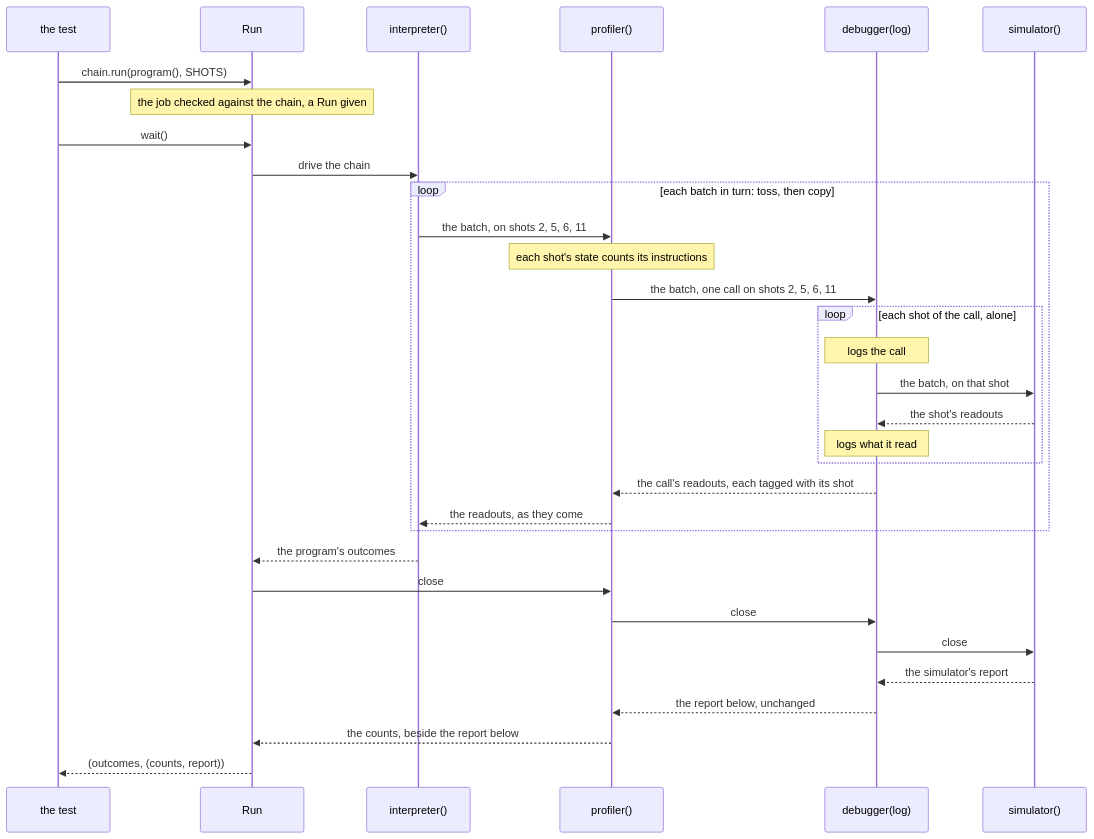
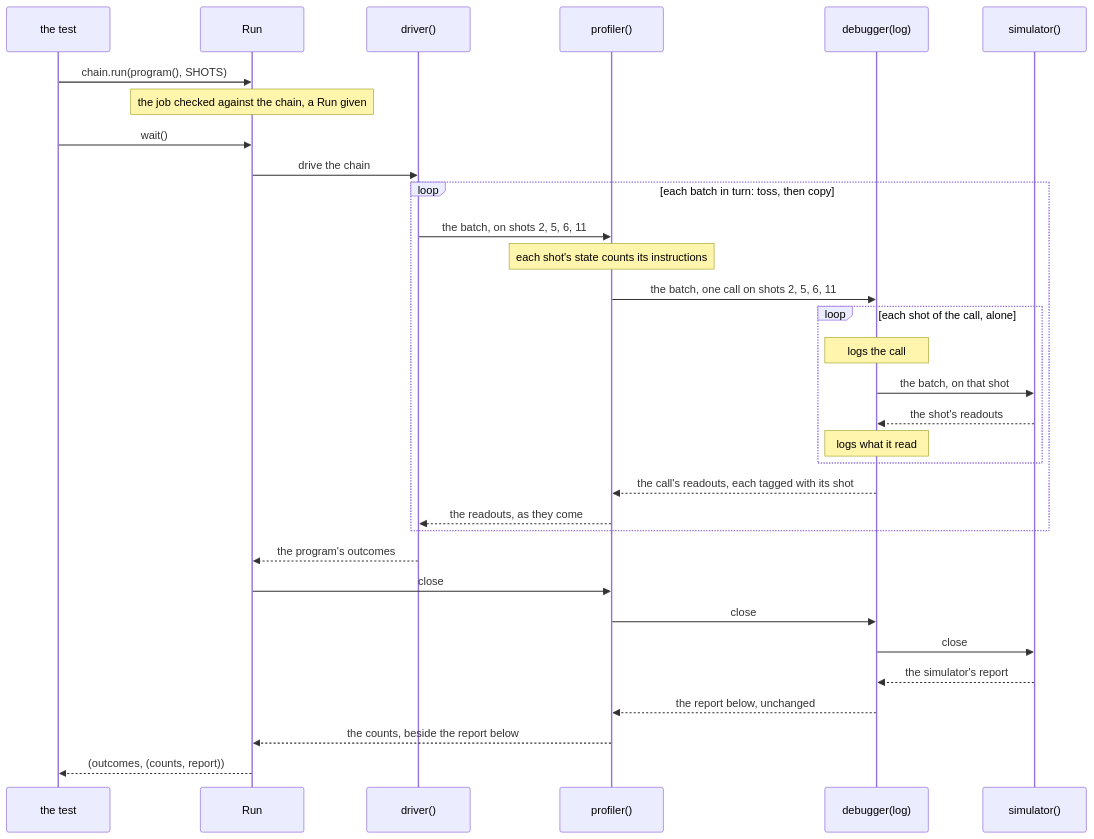
The second of 2 diagrams in source/executor_protocol/README.md (microsoft/qdk), drawn with Mermaid before and after one commit. The commit also changed other lines of this file and 47 other files, not shown here.

````diff
--- a/source/executor_protocol/README.md
+++ b/source/executor_protocol/README.md
@@ -162,34 +163,34 @@
 ```mermaid
 sequenceDiagram
   participant T as the test
   participant R as Run
-  participant I as interpreter()
+  participant I as driver()
   participant P as profiler()
   participant D as debugger(log)
   participant S as simulator()
   T->>R: chain.run(program(), SHOTS)
   Note over R: the job checked against the chain, a Run given
   T->>R: wait()
   R->>I: drive the chain
   loop each batch in turn: toss, then copy
     I->>P: the batch, on shots 2, 5, 6, 11
     Note over P: each shot's state counts its instructions
     P->>D: the batch, one call on shots 2, 5, 6, 11
     loop each shot of the call, alone
       Note over D: logs the call
       D->>S: the batch, on that shot
       S-->>D: the shot's readouts
       Note over D: logs what it read
     end
     D-->>P: the call's readouts, each tagged with its shot
     P-->>I: the readouts, as they come
   end
   I-->>R: the program's outcomes
   R->>P: close
   P->>D: close
   D->>S: close
   S-->>D: the simulator's report
   D-->>P: the report below, unchanged
   P-->>R: the counts, beside the report below
   R-->>T: (outcomes, (counts, report))
 ```
````
